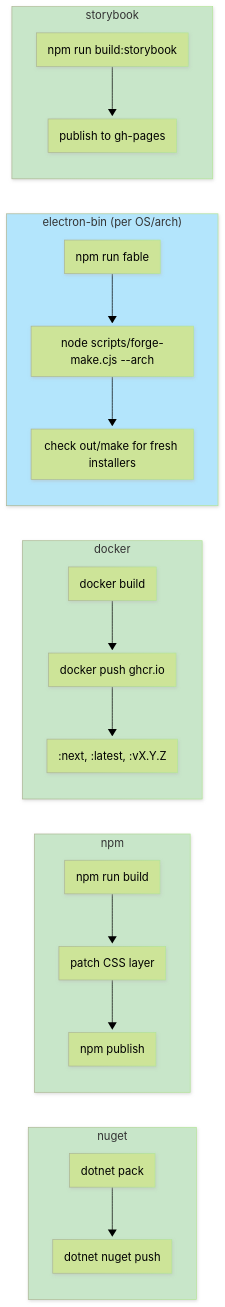
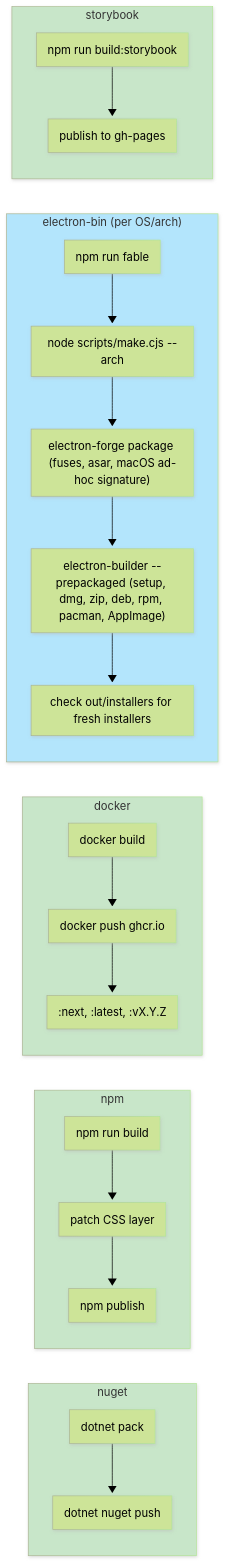
Before and after one commit to nfdi4plants/ARCitISA: the second of 2 diagrams in docs/maintainer/README.md, drawn with Mermaid (forest theme). The commit also changed other lines of this file, not shown here.

Commit message:
update the release diagram to make.cjs and electron-builder, add the Linux arm64 build

````diff
--- a/docs/maintainer/README.md
+++ b/docs/maintainer/README.md
@@ -87,35 +88,38 @@
 ```mermaid
 ---
 config:
   look: neo
   layout: dagre
 ---
 flowchart LR
     subgraph nuget["nuget"]
         direction TB
         n1["dotnet pack"] --> n2["dotnet nuget push"]
     end
     subgraph npm["npm"]
         direction TB
         n3["npm run build"] --> n4["patch CSS layer"] --> n5["npm publish"]
     end
     subgraph docker["docker"]
         direction TB
         n6["docker build"] --> n7["docker push ghcr.io"]
         n7 --> n8[":next, :latest, :vX.Y.Z"]
     end
     subgraph electron-bin["electron-bin (per OS/arch)"]
         direction TB
-        n11["npm run fable"] --> n12["node scripts/forge-make.cjs --arch"] --> n12b["check out/make for fresh installers"]
+        n11["npm run fable"] --> n12["node scripts/make.cjs --arch"]
+        n12 --> n12a["electron-forge package (fuses, asar, macOS ad-hoc signature)"]
+        n12a --> n12c["electron-builder --prepackaged (setup, dmg, zip, deb, rpm, pacman, AppImage)"]
+        n12c --> n12b["check out/installers for fresh installers"]
     end
     subgraph storybook["storybook"]
         direction TB
         n13["npm run build:storybook"] --> n14["publish to gh-pages"]
     end
 
     style nuget fill:#C8E6C9
     style npm fill:#C8E6C9
     style docker fill:#C8E6C9
     style electron-bin fill:#B3E5FC
     style storybook fill:#C8E6C9
 ```
````
